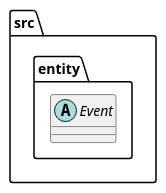
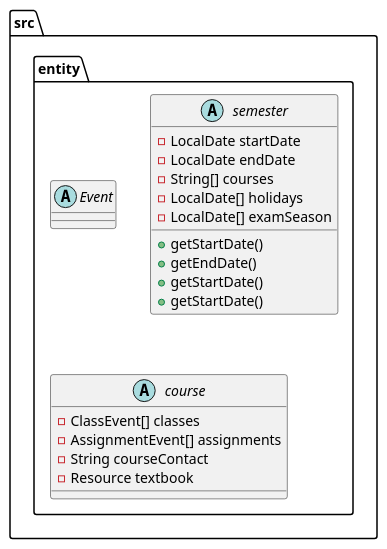
One commit to Rafiah-n/AcademiCal changed the diagram in DESIGN.puml. Above: the diagram before and after it, drawn with PlantUML.

Commit message:
uml - semester and course

```diff
--- a/DESIGN.puml
+++ b/DESIGN.puml
@@ -1,15 +1,37 @@
 @startuml
 
 folder src {
 
     folder entity {
 
         abstract Event {
 
         }
 
+        abstract semester{
+         - LocalDate startDate
+         - LocalDate endDate
+         - String[] courses
+         - LocalDate[] holidays
+         - LocalDate[] examSeason
+
+         + getStartDate()
+         + getEndDate()
+         + getStartDate()
+         + getStartDate()
+
+        }
+
+        abstract course {
+        - ClassEvent[] classes
+        - AssignmentEvent[] assignments
+        - String courseContact
+        - Resource textbook
+
+        }
+
     }  /' folder entity '/
 
 }  /' folder src '/
 
 @enduml
```
